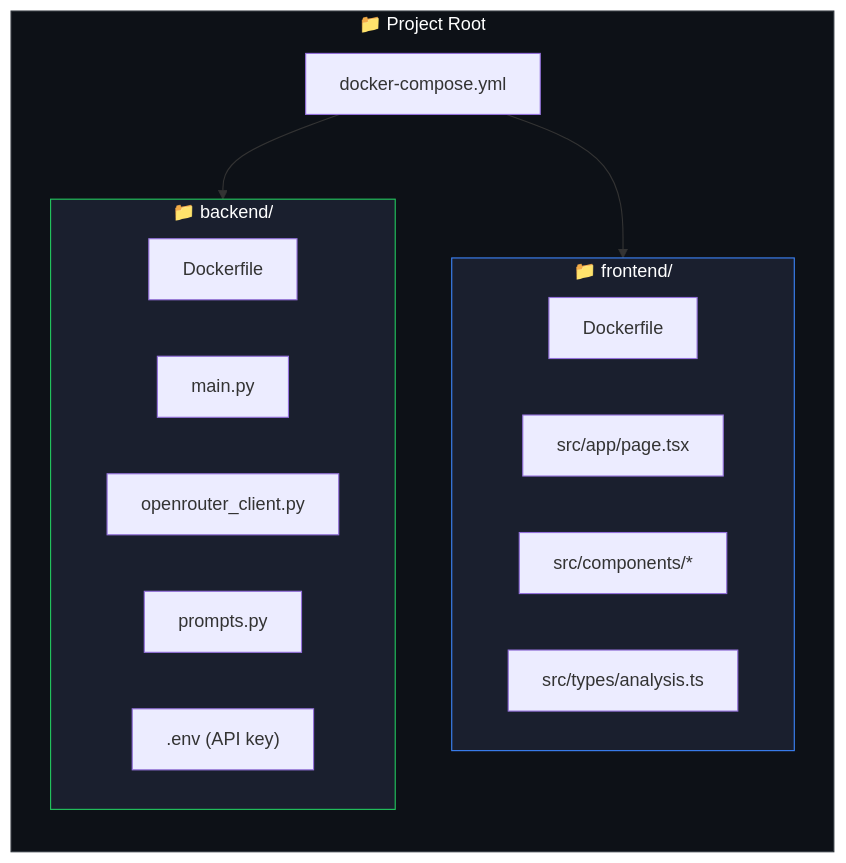
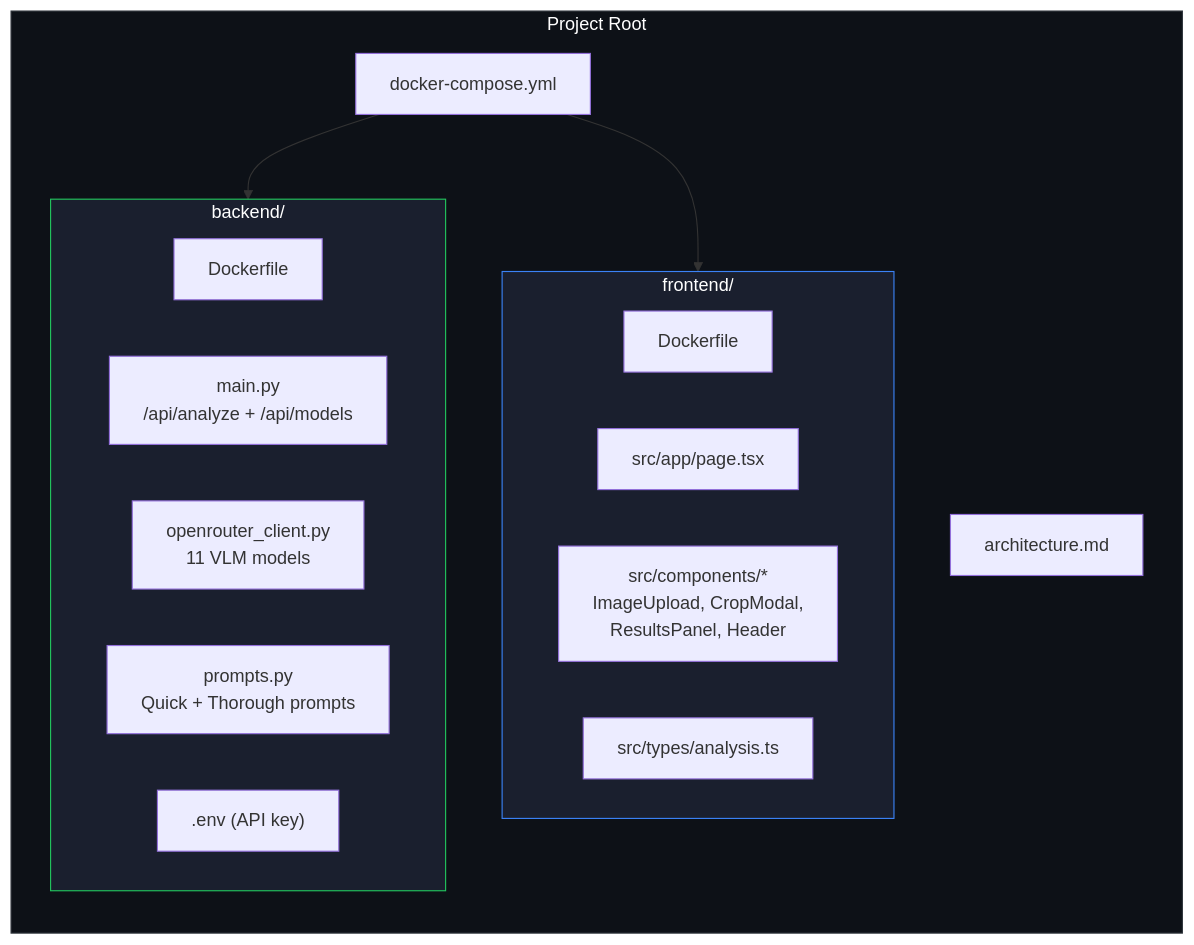
The third of 3 diagrams in architecture.md (winnie-wildin/Automated-shelf-inventory-counting-system), drawn with Mermaid before and after one commit. The commit also changed other lines of this file, not shown here.

Commit message:
docs: update architecture diagrams with modes, model selector, and deployment info

````diff
--- a/architecture.md
+++ b/architecture.md
@@ -97,26 +111,27 @@
 ```mermaid
 graph LR
-    subgraph Root["📁 Project Root"]
+    subgraph Root["Project Root"]
         DC["docker-compose.yml"]
-        subgraph FDir["📁 frontend/"]
+        Arch["architecture.md"]
+        subgraph FDir["frontend/"]
             DF1["Dockerfile"]
             Src["src/app/page.tsx"]
-            Comp["src/components/*"]
+            Comp["src/components/*<br/>ImageUpload, CropModal,<br/>ResultsPanel, Header"]
             Types["src/types/analysis.ts"]
         end
-        subgraph BDir["📁 backend/"]
+        subgraph BDir["backend/"]
             DF2["Dockerfile"]
-            Main["main.py"]
-            ORC2["openrouter_client.py"]
-            PR["prompts.py"]
+            Main["main.py<br/>/api/analyze + /api/models"]
+            ORC2["openrouter_client.py<br/>11 VLM models"]
+            PR["prompts.py<br/>Quick + Thorough prompts"]
             Env[".env (API key)"]
         end
     end
 
     DC --> FDir
     DC --> BDir
 
     style Root fill:#0d1117,stroke:#30363d,color:#fff
     style FDir fill:#1a1f2e,stroke:#3b82f6,color:#fff
     style BDir fill:#1a1f2e,stroke:#22c55e,color:#fff
 ```
````
